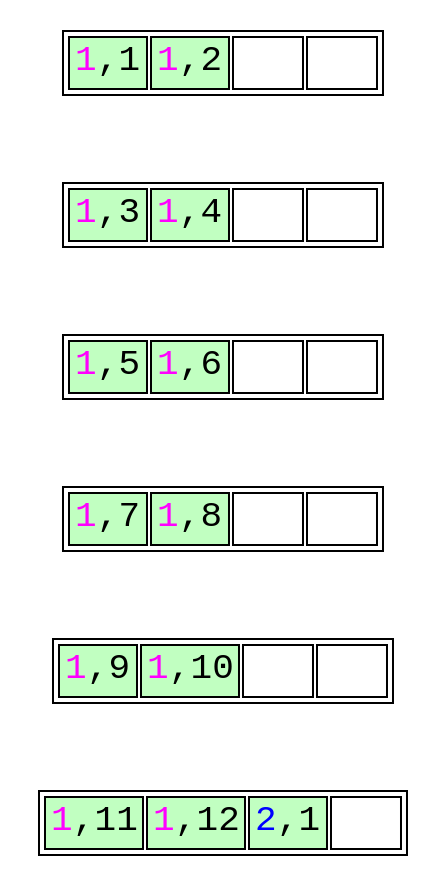
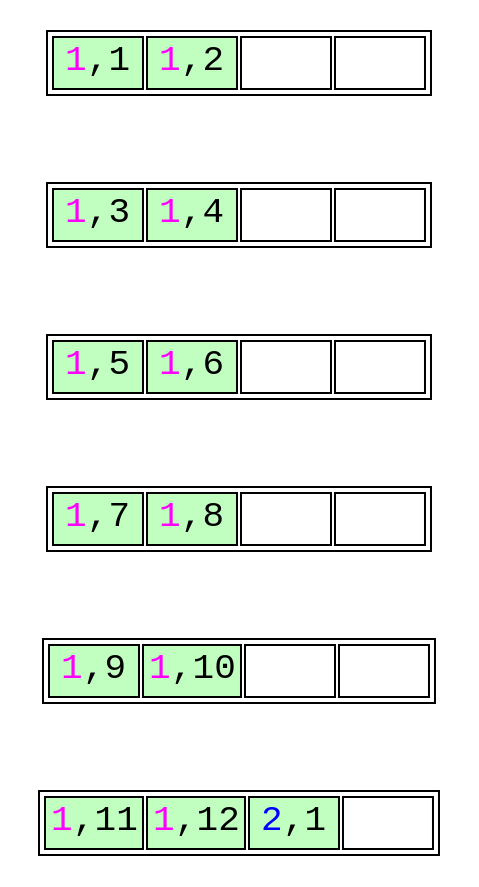
Before and after one commit to petergeoghegan/pg_query_internals: the diagram in unoptimized-leaf-page-split-3.dot, drawn with Graphviz. The commit also changed 6 other files, not shown here.

```diff
--- a/unoptimized-leaf-page-split-3.dot
+++ b/unoptimized-leaf-page-split-3.dot
@@ -1,88 +1,88 @@
 // Example B-Tree graph
 //
 // Breadth-first order
 //
 // Start from root, go left to right
 //
 // Workflow:
 //
 // $ dot -T svg btree.dot -o btree.svg;
 
 digraph nbtree {
 graph [fontname = "monospace"];
 node [shape = none,height=.1,fontname = "monospace",fontsize=18];
 // Level 0 (leaf level)
-leafnode_2[ label=<<table width="140">
+leafnode_2[ label=<<table width="180">
                     <tr>
-                        <td bgcolor='darkseagreen1' port="t2" width="35"><font color="magenta">1</font>,1</td>
-                        <td bgcolor='darkseagreen1' port="t3" width="35"><font color="magenta">1</font>,2</td>
-                        <td bgcolor='white' port="t3" width="35"></td>
-                        <td bgcolor='white' port="t3" width="35"></td>
+                        <td bgcolor='darkseagreen1' port="t2" width="45"><font color="magenta">1</font>,1</td>
+                        <td bgcolor='darkseagreen1' port="t3" width="45"><font color="magenta">1</font>,2</td>
+                        <td bgcolor='white' port="t3" width="45"></td>
+                        <td bgcolor='white' port="t3" width="45"></td>
                     </tr>
                 </table>
                >
         ];
 edge[style=invis];
 "leafnode_2" -> "leafnode_3"
-leafnode_3[ label=<<table width="140">
+leafnode_3[ label=<<table width="180">
                     <tr>
-                        <td bgcolor='darkseagreen1' port="t4" width="35"><font color="magenta">1</font>,3</td>
-                        <td bgcolor='darkseagreen1' port="t4" width="35"><font color="magenta">1</font>,4</td>
-                        <td bgcolor='white' port="t3" width="35"></td>
-                        <td bgcolor='white' port="t3" width="35"></td>
+                        <td bgcolor='darkseagreen1' port="t4" width="45"><font color="magenta">1</font>,3</td>
+                        <td bgcolor='darkseagreen1' port="t4" width="45"><font color="magenta">1</font>,4</td>
+                        <td bgcolor='white' port="t3" width="45"></td>
+                        <td bgcolor='white' port="t3" width="45"></td>
                     </tr>
                 </table>
                >
         ];
 edge[style=invis];
 "leafnode_3" -> "leafnode_4"
-leafnode_4[ label=<<table width="140">
+leafnode_4[ label=<<table width="180">
                     <tr>
-                        <td bgcolor='darkseagreen1' port="t4" width="35"><font color="magenta">1</font>,5</td>
-                        <td bgcolor='darkseagreen1' port="t4" width="35"><font color="magenta">1</font>,6</td>
-                        <td bgcolor='white' port="t3" width="35"></td>
-                        <td bgcolor='white' port="t3" width="35"></td>
+                        <td bgcolor='darkseagreen1' port="t4" width="45"><font color="magenta">1</font>,5</td>
+                        <td bgcolor='darkseagreen1' port="t4" width="45"><font color="magenta">1</font>,6</td>
+                        <td bgcolor='white' port="t3" width="45"></td>
+                        <td bgcolor='white' port="t3" width="45"></td>
                     </tr>
                 </table>
                >
         ];
 edge[style=invis];
 "leafnode_4" -> "leafnode_5"
-leafnode_5[ label=<<table width="140">
+leafnode_5[ label=<<table width="180">
                     <tr>
-                        <td bgcolor='darkseagreen1' port="t4" width="35"><font color="magenta">1</font>,7</td>
-                        <td bgcolor='darkseagreen1' port="t4" width="35"><font color="magenta">1</font>,8</td>
-                        <td bgcolor='white' port="t3" width="35"></td>
-                        <td bgcolor='white' port="t3" width="35"></td>
+                        <td bgcolor='darkseagreen1' port="t4" width="45"><font color="magenta">1</font>,7</td>
+                        <td bgcolor='darkseagreen1' port="t4" width="45"><font color="magenta">1</font>,8</td>
+                        <td bgcolor='white' port="t3" width="45"></td>
+                        <td bgcolor='white' port="t3" width="45"></td>
                     </tr>
                 </table>
                >
         ];
 edge[style=invis];
 "leafnode_5" -> "leafnode_6"
 leafnode_6[ label=<<table>
                     <tr>
-                        <td bgcolor='darkseagreen1' port="t4" width="35"><font color="magenta">1</font>,9</td>
-                        <td bgcolor='darkseagreen1' port="t4" width="35"><font color="magenta">1</font>,10</td>
-                        <td bgcolor='white' port="t3" width="35"></td>
-                        <td bgcolor='white' port="t3" width="35"></td>
+                        <td bgcolor='darkseagreen1' port="t4" width="45"><font color="magenta">1</font>,9</td>
+                        <td bgcolor='darkseagreen1' port="t4" width="45"><font color="magenta">1</font>,10</td>
+                        <td bgcolor='white' port="t3" width="45"></td>
+                        <td bgcolor='white' port="t3" width="45"></td>
                     </tr>
                 </table>
                >
         ];
 edge[style=invis];
 "leafnode_6" -> "leafnode_7"
 leafnode_7[ label=<<table>
                     <tr>
-                        <td bgcolor='darkseagreen1' port="t4" width="35"><font color="magenta">1</font>,11</td>
-                        <td bgcolor='darkseagreen1' port="t4" width="35"><font color="magenta">1</font>,12</td>
-                        <td bgcolor='darkseagreen1' port="t4" width="35"><font color="blue">2</font>,1</td>
-                        <td bgcolor='white' port="t3" width="35"></td>
+                        <td bgcolor='darkseagreen1' port="t4" width="45"><font color="magenta">1</font>,11</td>
+                        <td bgcolor='darkseagreen1' port="t4" width="45"><font color="magenta">1</font>,12</td>
+                        <td bgcolor='darkseagreen1' port="t4" width="45"><font color="blue">2</font>,1</td>
+                        <td bgcolor='white' port="t3" width="45"></td>
                     </tr>
                 </table>
                >
         ];
 //Force alignment from root to internal to leaf levels:
 //edge[style=invis];
 //"rootnode":d1 -> "leafnode_2":t2
 }
```
